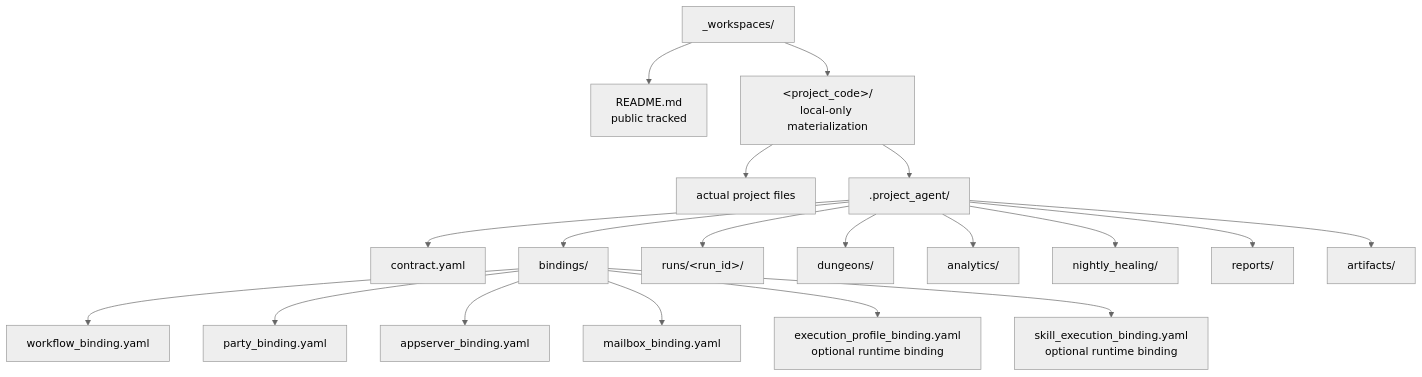
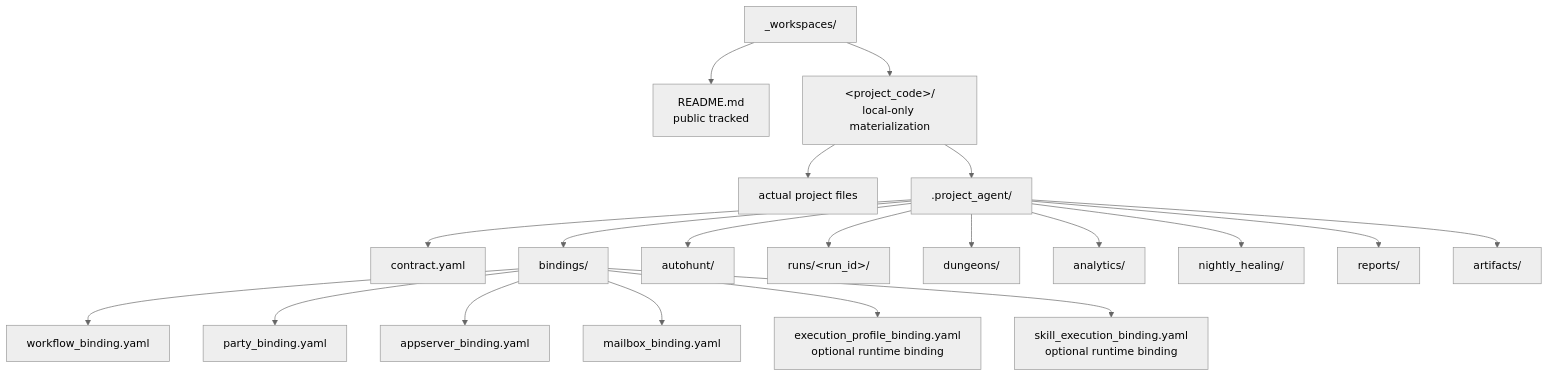
One commit to SungYongMOON/soulforge changed the diagram in docs/architecture/workspace/WORKSPACE_PROJECT_MODEL.md. Above: the diagram before and after it, drawn with Mermaid (neutral theme). The commit also changed other lines of this file and 8 other files, not shown here.

````diff
--- a/docs/architecture/workspace/WORKSPACE_PROJECT_MODEL.md
+++ b/docs/architecture/workspace/WORKSPACE_PROJECT_MODEL.md
@@ -11,21 +11,22 @@
 ```mermaid
 flowchart TD
   W["_workspaces/"] --> R["README.md<br/>public tracked"]
   W --> P["&lt;project_code&gt;/<br/>local-only materialization"]
   P --> F["actual project files"]
   P --> PA[".project_agent/"]
   PA --> C["contract.yaml"]
   PA --> B["bindings/"]
+  PA --> AH["autohunt/"]
   B --> WB["workflow_binding.yaml"]
   B --> PB["party_binding.yaml"]
   B --> AB["appserver_binding.yaml"]
   B --> MB["mailbox_binding.yaml"]
   B --> EP["execution_profile_binding.yaml<br/>optional runtime binding"]
   B --> SB["skill_execution_binding.yaml<br/>optional runtime binding"]
   PA --> RUN["runs/&lt;run_id&gt;/"]
   PA --> D["dungeons/"]
   PA --> A["analytics/"]
   PA --> N["nightly_healing/"]
   PA --> RP["reports/"]
   PA --> AR["artifacts/"]
 ```
````
